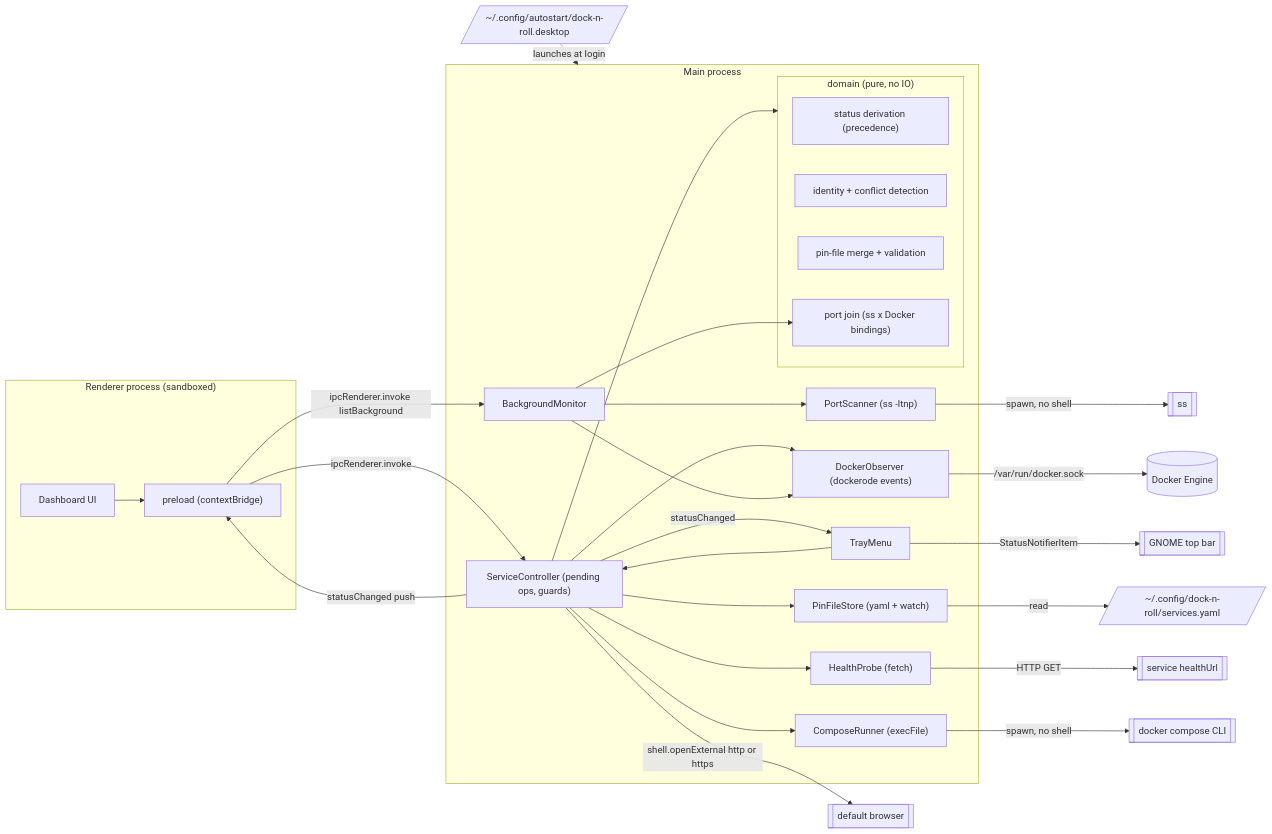
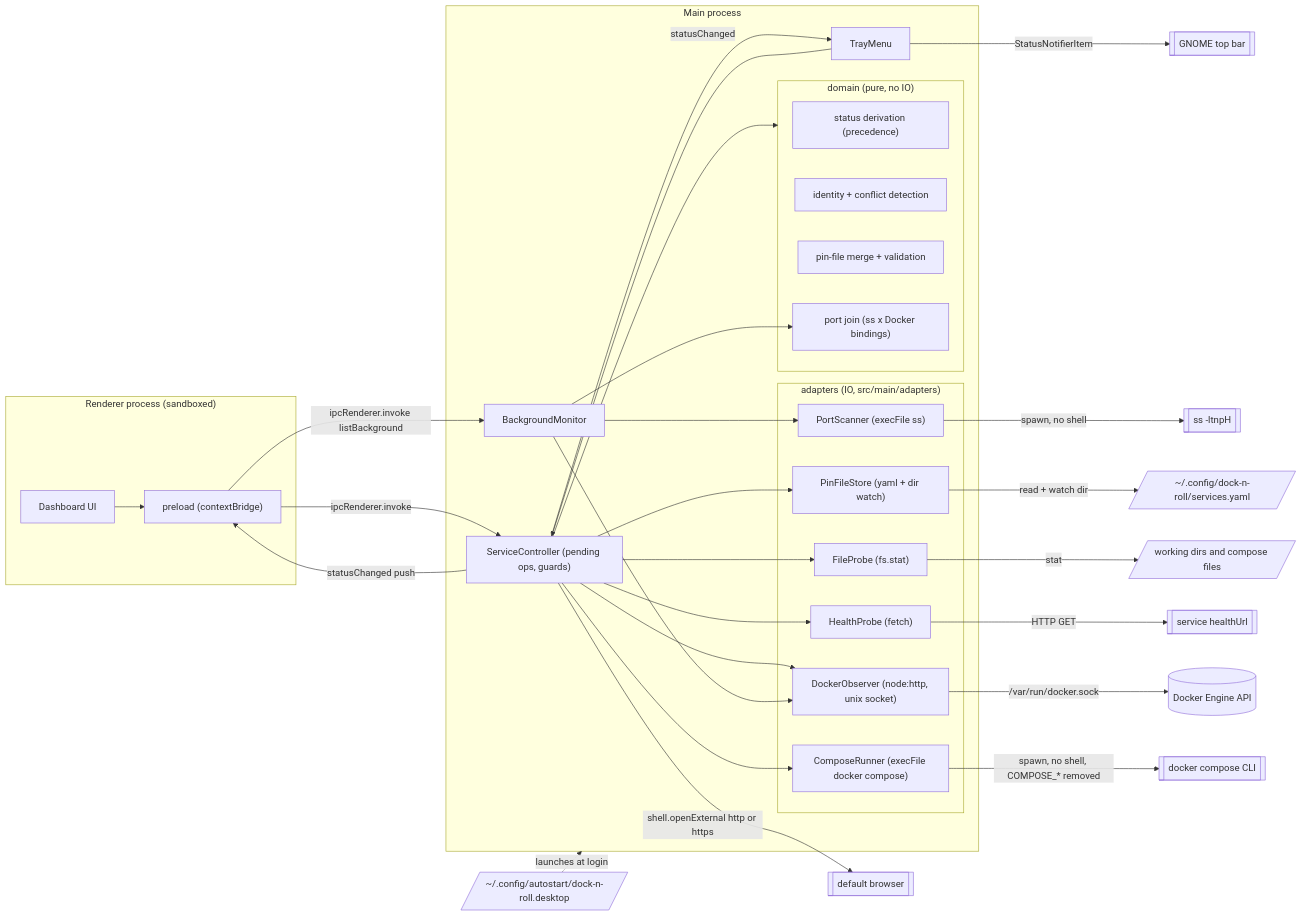
Before and after one commit to benoit-bremaud/dock-n-roll: the diagram in docs/architecture/diagrams/launcher/03-component.md, drawn with Mermaid. The commit also changed other lines of this file and 17 other files, not shown here.

````diff
--- a/docs/architecture/diagrams/launcher/03-component.md
+++ b/docs/architecture/diagrams/launcher/03-component.md
@@ -14,45 +14,50 @@
 ```mermaid
 flowchart LR
   subgraph Renderer ["Renderer process (sandboxed)"]
     Dashboard["Dashboard UI"]
     Preload["preload (contextBridge)"]
     Dashboard --> Preload
   end
   subgraph Main ["Main process"]
     Tray["TrayMenu"]
     SC["ServiceController (pending ops, guards)"]
     BM["BackgroundMonitor"]
     subgraph Domain ["domain (pure, no IO)"]
       Derive["status derivation (precedence)"]
       Ident["identity + conflict detection"]
       Merge["pin-file merge + validation"]
       Join["port join (ss x Docker bindings)"]
     end
-    DO["DockerObserver (dockerode events)"]
-    CR["ComposeRunner (execFile)"]
-    HP["HealthProbe (fetch)"]
-    PS["PortScanner (ss -ltnp)"]
-    PF["PinFileStore (yaml + watch)"]
+    subgraph Adapters ["adapters (IO, src/main/adapters)"]
+      DO["DockerObserver (node:http, unix socket)"]
+      CR["ComposeRunner (execFile docker compose)"]
+      HP["HealthProbe (fetch)"]
+      FP["FileProbe (fs.stat)"]
+      PS["PortScanner (execFile ss)"]
+      PF["PinFileStore (yaml + dir watch)"]
+    end
   end
   Preload -->|"ipcRenderer.invoke"| SC
   Preload -->|"ipcRenderer.invoke listBackground"| BM
   SC -->|"statusChanged push"| Preload
   SC -->|"statusChanged"| Tray
   Tray --> SC
   SC --> Domain
   BM --> Join
   SC --> DO
   SC --> CR
   SC --> HP
+  SC --> FP
   SC --> PF
   BM --> PS
   BM --> DO
-  DO -->|"/var/run/docker.sock"| Docker[("Docker Engine")]
-  CR -->|"spawn, no shell"| CLI[["docker compose CLI"]]
-  PS -->|"spawn, no shell"| SS[["ss"]]
+  DO -->|"/var/run/docker.sock"| Docker[("Docker Engine API")]
+  CR -->|"spawn, no shell, COMPOSE_* removed"| CLI[["docker compose CLI"]]
+  PS -->|"spawn, no shell"| SS[["ss -ltnpH"]]
   HP -->|"HTTP GET"| Local[["service healthUrl"]]
-  PF -->|"read"| YAML[/"~/.config/dock-n-roll/services.yaml"/]
+  FP -->|"stat"| Disk[/"working dirs and compose files"/]
+  PF -->|"read + watch dir"| YAML[/"~/.config/dock-n-roll/services.yaml"/]
   SC -->|"shell.openExternal http or https"| Browser[["default browser"]]
   Tray -->|"StatusNotifierItem"| GNOME[["GNOME top bar"]]
   Autostart[/"~/.config/autostart/dock-n-roll.desktop"/] -.->|"launches at login"| Main
 ```
````
